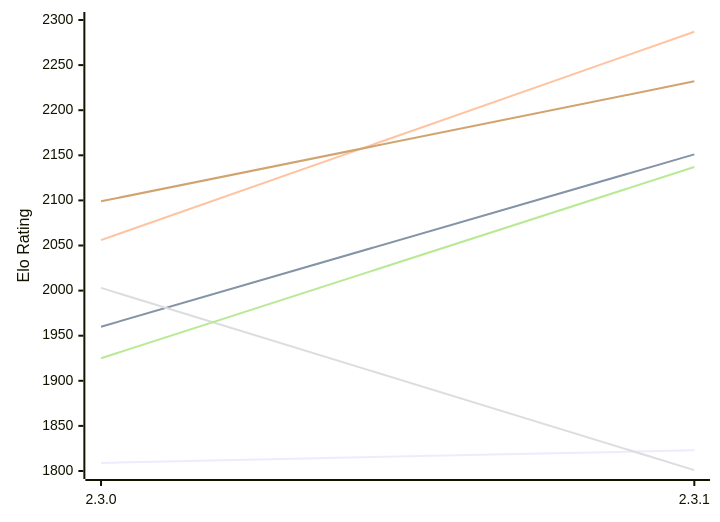
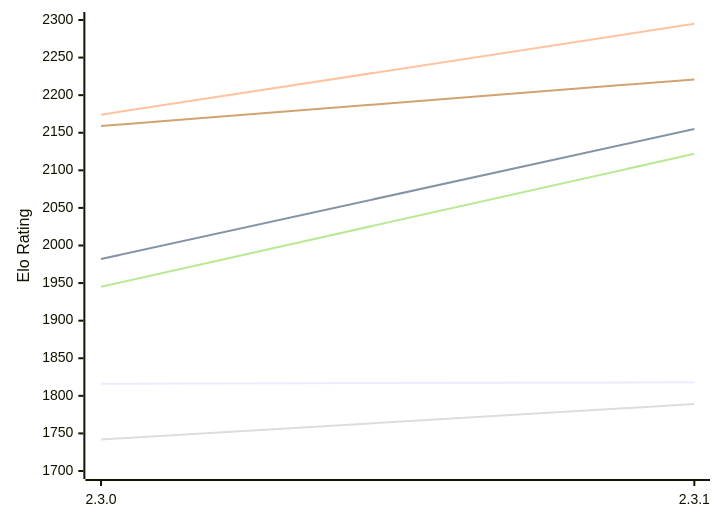
One commit to computer-chess-index/cci changed the first of 2 diagrams in engines/Kreveta.md. Above: the diagram before and after it, drawn with Mermaid. The commit also changed other lines of this file, not shown here.

Commit message:
Update CCI Ratings (ELO VLTC) - 2026-11-14

````diff
--- a/engines/Kreveta.md
+++ b/engines/Kreveta.md
@@ -59,12 +59,12 @@
 ```mermaid
 %%{init: {"theme":"base","themeVariables":{"seriesColors:['#a3a3a3','#222221','#faa371']}}}%%
 xychart-beta
   x-axis ["2.3.0", "2.3.1"]
-  y-axis "Elo Rating" 1800 --> 2300
-  line "E1: STC (8.0+0.08s)" [1809, 1823]
-  line "E1: LTC (60.0+0.60s)" [1960, 2151]
-  line "E1: VLTC (2m24s+1.12s)" [2056, 2287]
-  line "P1: STC (8.0+0.08s)" [2003, 1801]
-  line "P1: LTC (60.0+0.60s)" [1925, 2137]
-  line "P1: VLTC (2m24s+1.12s)" [2099, 2232]
+  y-axis "Elo Rating" 1700 --> 2300
+  line "E1: STC (8.0+0.08s)" [1816, 1818]
+  line "E1: LTC (60.0+0.60s)" [1982, 2155]
+  line "E1: VLTC (2m24s+1.12s)" [2174, 2295]
+  line "P1: STC (8.0+0.08s)" [1742, 1789]
+  line "P1: LTC (60.0+0.60s)" [1945, 2122]
+  line "P1: VLTC (2m24s+1.12s)" [2159, 2221]
 ```
````
